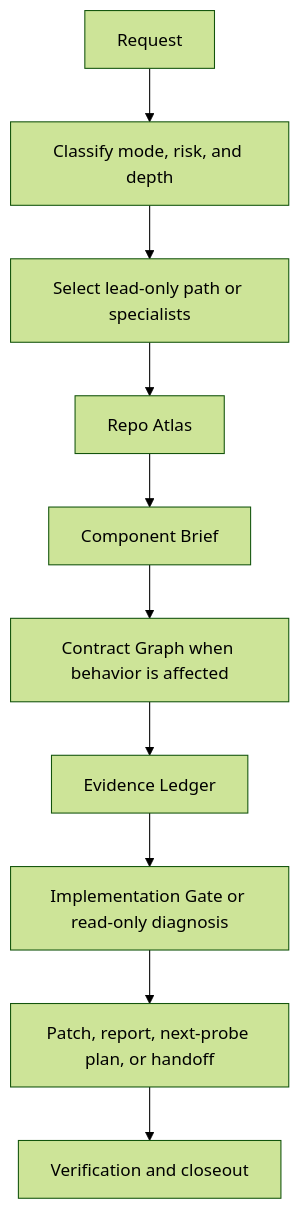
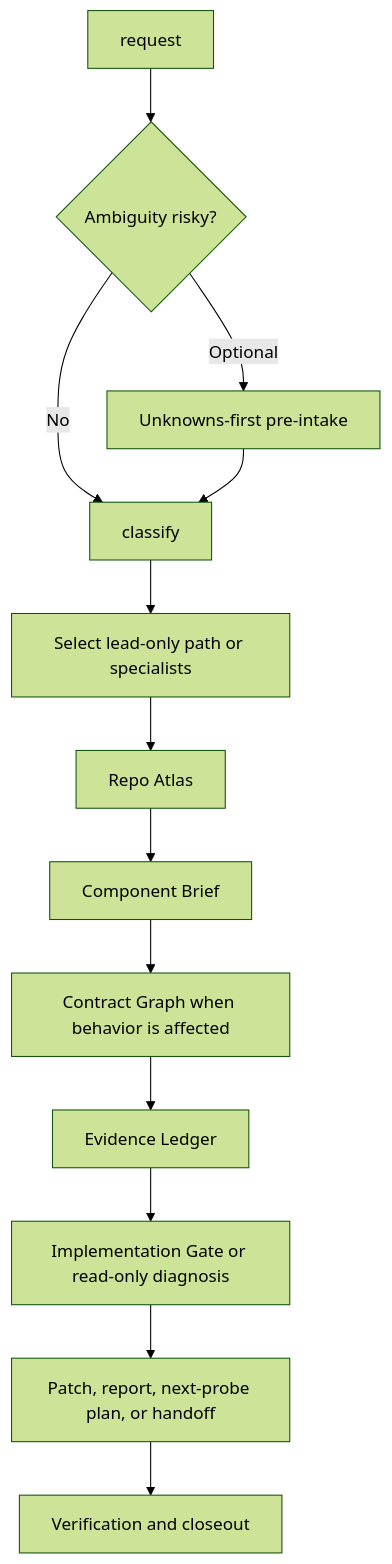
Before and after one commit to daeon/EngineeringTeam: the diagram in docs/workflow.md, drawn with Mermaid (forest theme). The commit also changed other lines of this file and 22 other files, not shown here.

Commit message:
Add optional unknowns-first workflow

````diff
--- a/docs/workflow.md
+++ b/docs/workflow.md
@@ -23,12 +24,15 @@
 ```mermaid
 flowchart TB
-    request[Request] --> classify[Classify mode, risk, and depth]
+    request --> maybe_unknowns{Ambiguity risky?}
+    maybe_unknowns -->|Optional| unknowns[Unknowns-first pre-intake]
+    maybe_unknowns -->|No| classify
+    unknowns --> classify
     classify --> route[Select lead-only path or specialists]
     route --> atlas[Repo Atlas]
     atlas --> brief[Component Brief]
     brief --> contracts[Contract Graph when behavior is affected]
     contracts --> evidence[Evidence Ledger]
     evidence --> gate[Implementation Gate or read-only diagnosis]
     gate --> outcome[Patch, report, next-probe plan, or handoff]
     outcome --> verify[Verification and closeout]
 ```
````
